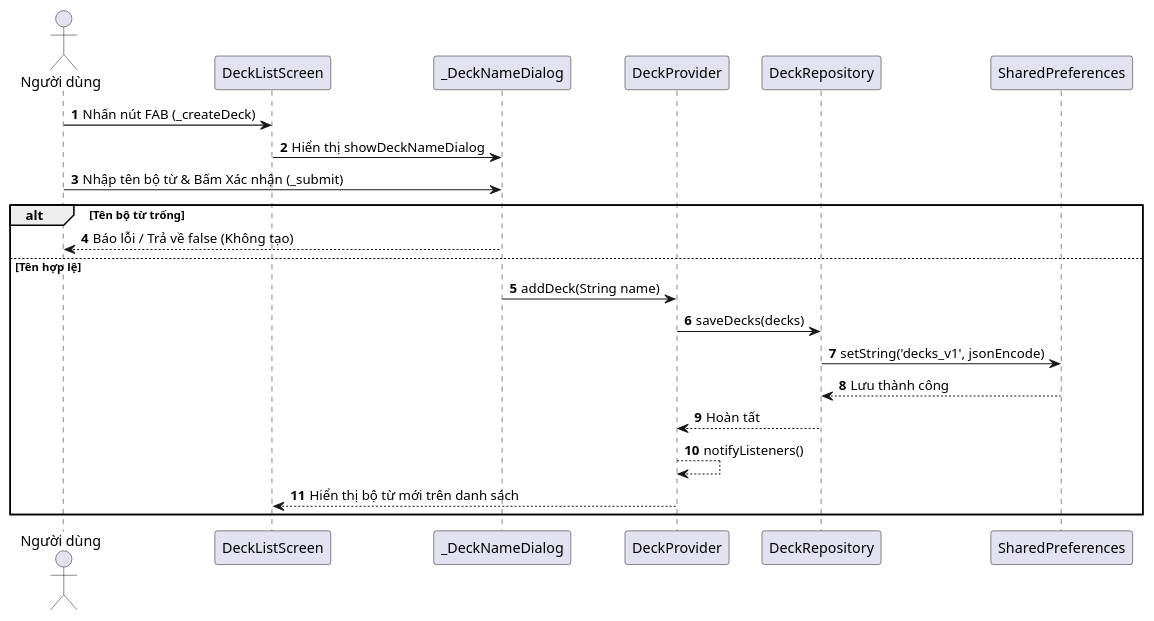
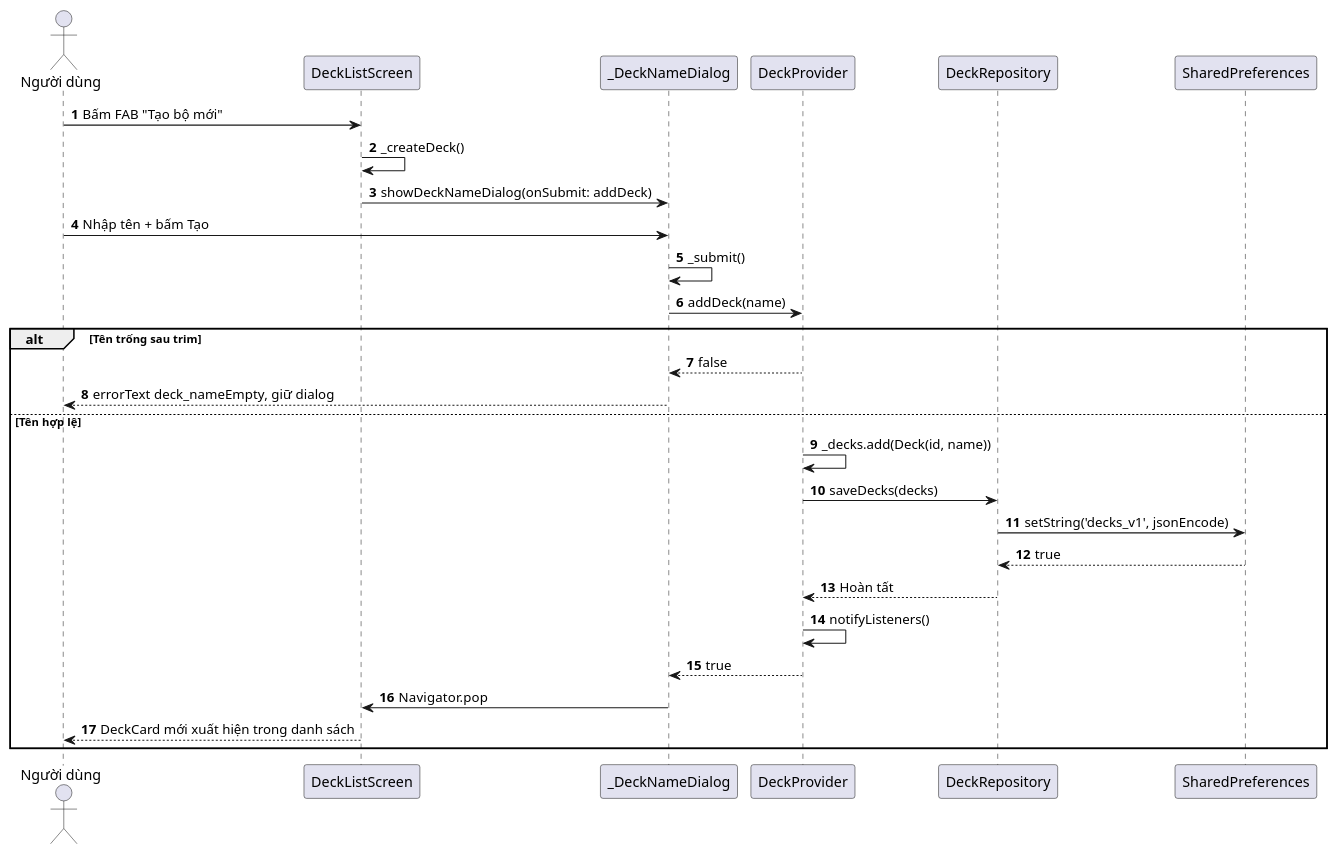
Before and after one commit to hoang-adu/2026_2027_1_1_LTTBDD_N01_Nhom_2: the diagram in docs/sequence_create_deck.puml, drawn with PlantUML. The commit also changed 8 other files, not shown here.

Commit message:
docs(uml): sửa sơ đồ sequence/activity khớp với code

```diff
--- a/docs/sequence_create_deck.puml
+++ b/docs/sequence_create_deck.puml
@@ -1,24 +1,30 @@
 @startuml
 autonumber
 actor "Người dùng" as User
 participant "DeckListScreen" as UI
 participant "_DeckNameDialog" as Dialog
 participant "DeckProvider" as Provider
 participant "DeckRepository" as Repo
 participant "SharedPreferences" as Prefs
 
-User -> UI: Nhấn nút FAB (_createDeck)
-UI -> Dialog: Hiển thị showDeckNameDialog
-User -> Dialog: Nhập tên bộ từ & Bấm Xác nhận (_submit)
-alt Tên bộ từ trống
-    Dialog --> User: Báo lỗi / Trả về false (Không tạo)
+User -> UI: Bấm FAB "Tạo bộ mới"
+UI -> UI: _createDeck()
+UI -> Dialog: showDeckNameDialog(onSubmit: addDeck)
+User -> Dialog: Nhập tên + bấm Tạo
+Dialog -> Dialog: _submit()
+Dialog -> Provider: addDeck(name)
+alt Tên trống sau trim
+    Provider --> Dialog: false
+    Dialog --> User: errorText deck_nameEmpty, giữ dialog
 else Tên hợp lệ
-    Dialog -> Provider: addDeck(String name)
+    Provider -> Provider: _decks.add(Deck(id, name))
     Provider -> Repo: saveDecks(decks)
     Repo -> Prefs: setString('decks_v1', jsonEncode)
-    Prefs --> Repo: Lưu thành công
+    Prefs --> Repo: true
     Repo --> Provider: Hoàn tất
-    Provider --> Provider: notifyListeners()
-    Provider --> UI: Hiển thị bộ từ mới trên danh sách
+    Provider -> Provider: notifyListeners()
+    Provider --> Dialog: true
+    Dialog -> UI: Navigator.pop
+    UI --> User: DeckCard mới xuất hiện trong danh sách
 end
 @enduml
```
